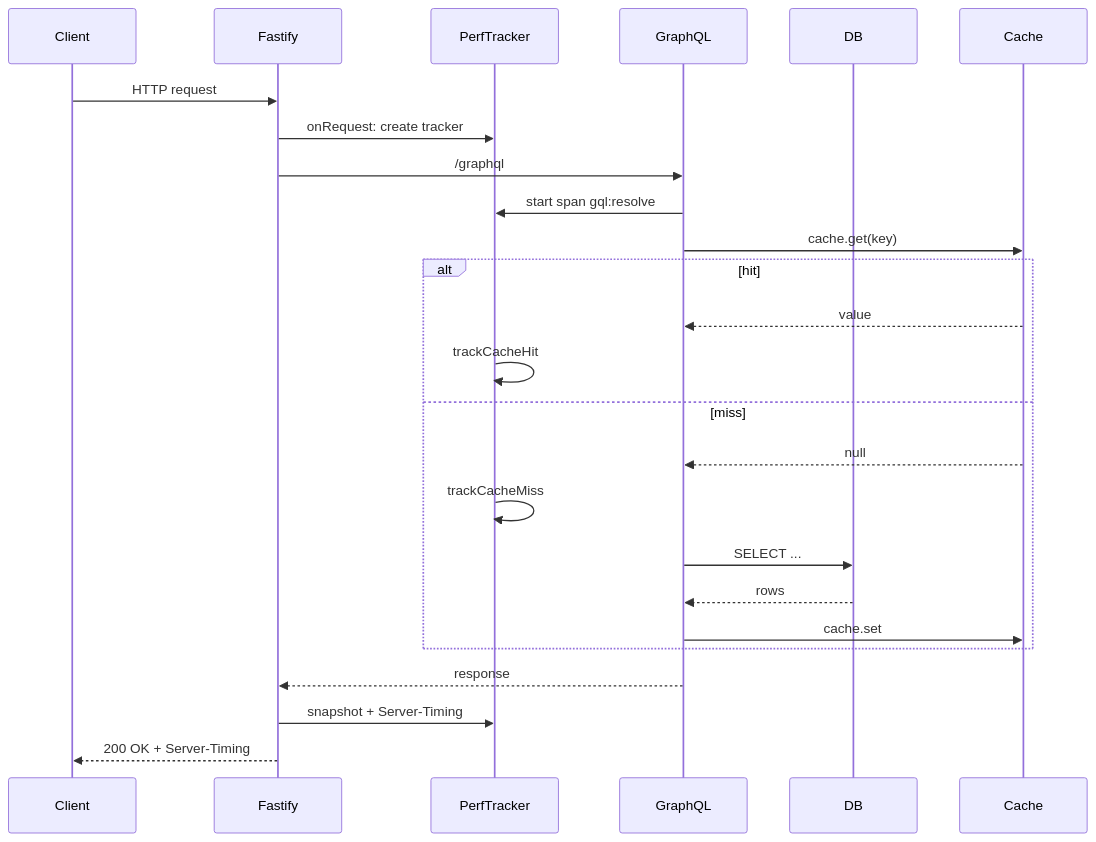
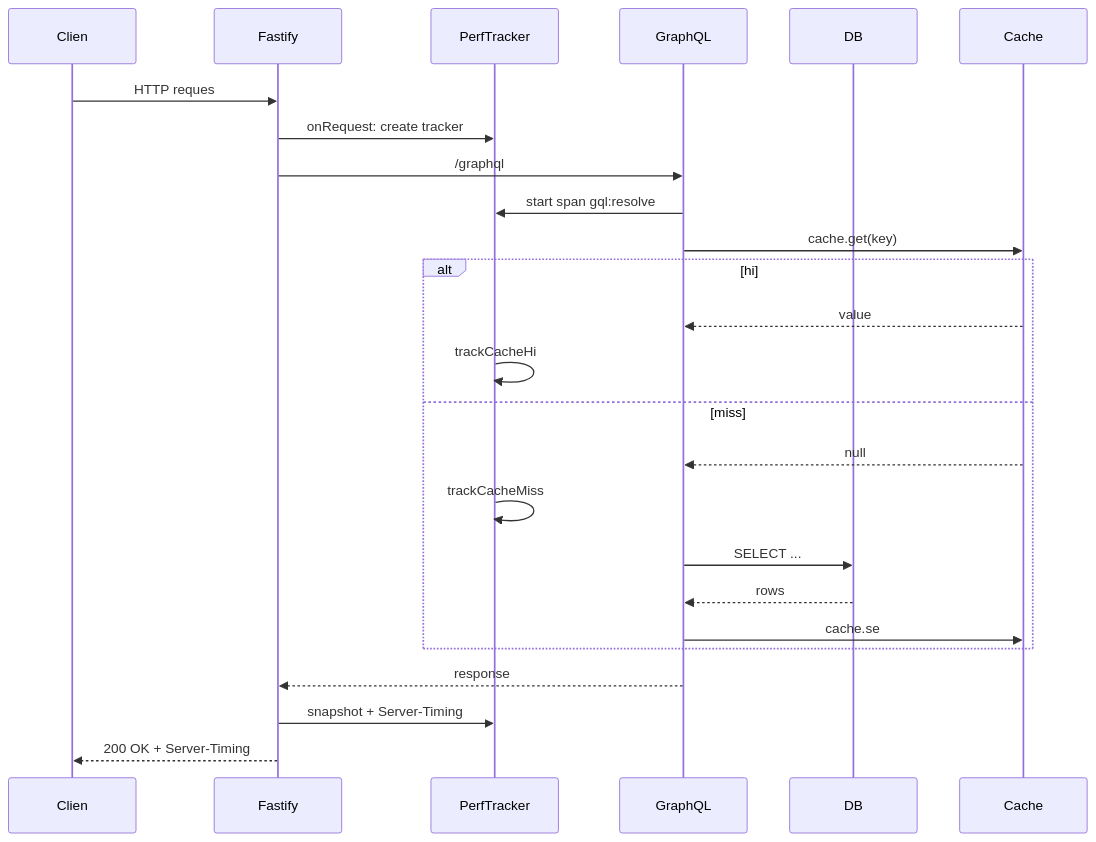
The diagram in docs/docs/docs/developer-resources/best-practices/performance-monitoring.md (PalisadoesFoundation/talawa-api), drawn with Mermaid before and after one commit. The commit also changed other lines of this file and 37 other files, not shown here.

````diff
--- a/docs/docs/docs/developer-resources/best-practices/performance-monitoring.md
+++ b/docs/docs/docs/developer-resources/best-practices/performance-monitoring.md
@@ -26,28 +26,28 @@
 ```mermaid
 sequenceDiagram
-  participant C as Client
+  participant C as Clien
   participant F as Fastify
   participant P as PerfTracker
   participant G as GraphQL
   participant DB as DB
   participant K as Cache
 
-  C->>F: HTTP request
+  C->>F: HTTP reques
   F->>P: onRequest: create tracker
   F->>G: /graphql
   G->>P: start span gql:resolve
   G->>K: cache.get(key)
-  alt hit
+  alt hi
     K-->>G: value
-    P->>P: trackCacheHit
+    P->>P: trackCacheHi
   else miss
     K-->>G: null
     P->>P: trackCacheMiss
     G->>DB: SELECT ...
     DB-->>G: rows
-    G->>K: cache.set
+    G->>K: cache.se
   end
   G-->>F: response
   F->>P: snapshot + Server-Timing
   F-->>C: 200 OK + Server-Timing
 ```
````
